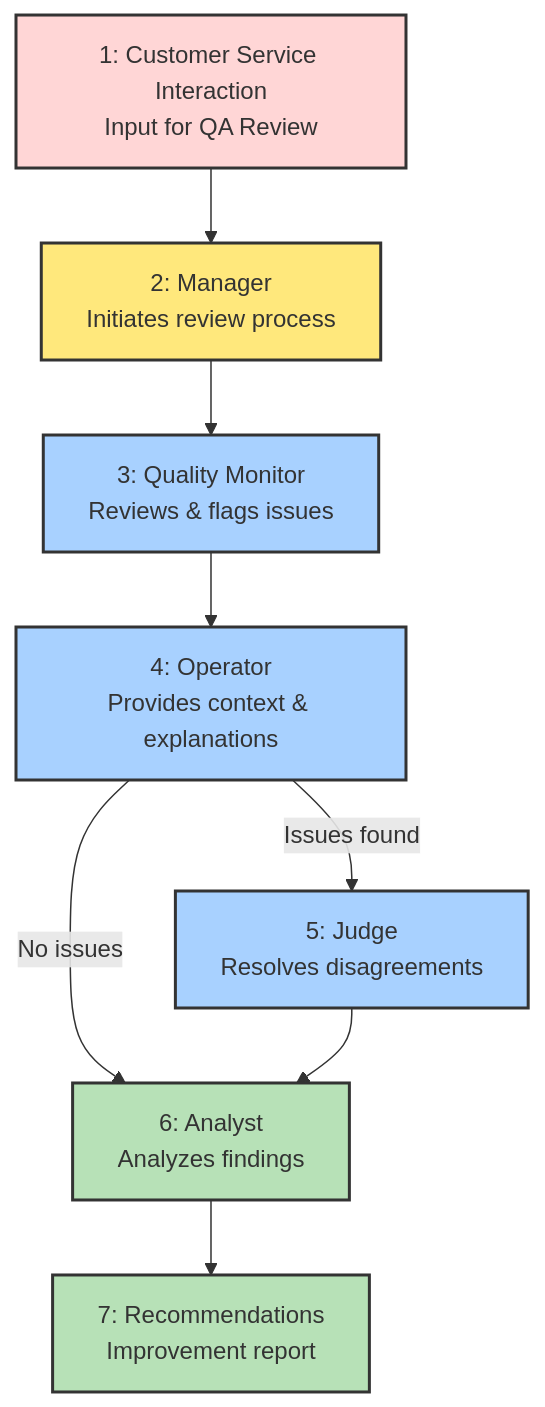
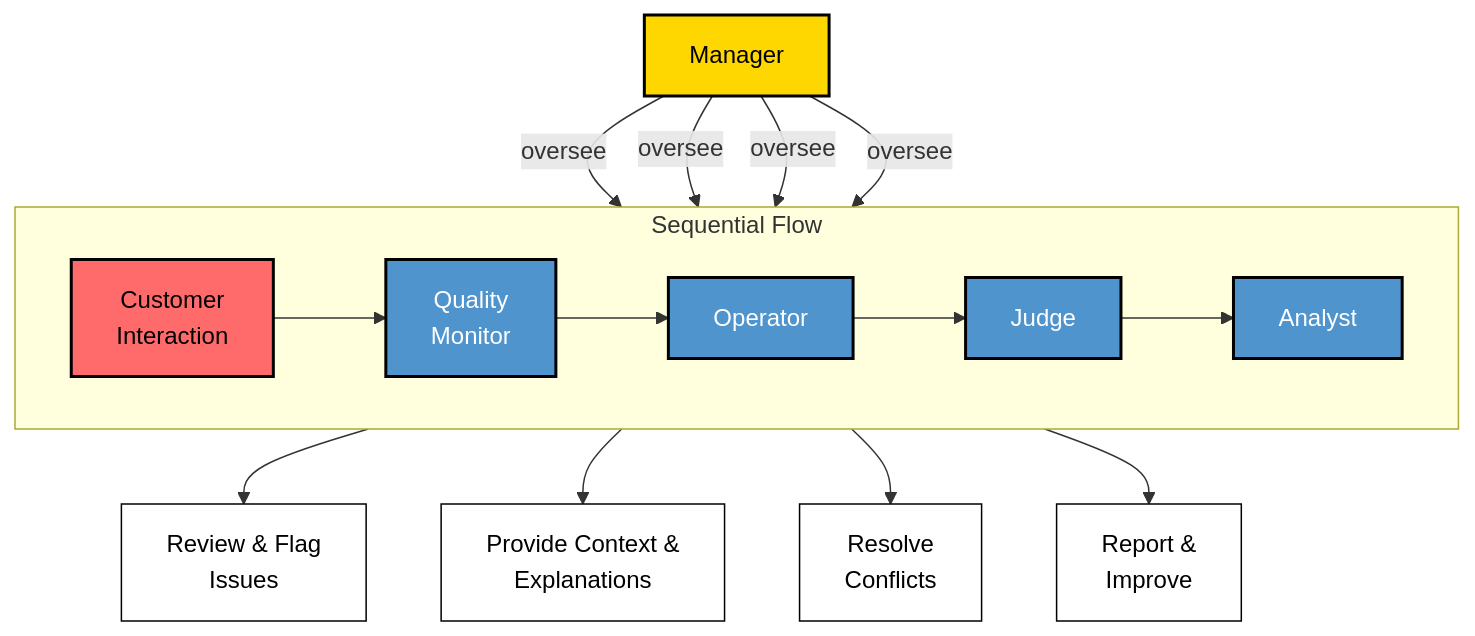
The diagram in hackaton/README.md (ibombonato/llm-agents-mooc-f24), drawn with Mermaid before and after one commit.

````diff
--- a/hackaton/README.md
+++ b/hackaton/README.md
@@ -22,26 +22,28 @@
 ```mermaid
 graph TB
-    CS["1: Customer Service Interaction<br/>Input for QA Review"]
-    M["2: Manager<br/>Initiates review process"]
-    QM["3: Quality Monitor<br/>Reviews & flags issues"]
-    O["4: Operator<br/>Provides context & explanations"]
-    J["5: Judge<br/>Resolves disagreements"]
-    A["6: Analyst<br/>Analyzes findings"]
-    R["7: Recommendations<br/>Improvement report"]
-
-    CS --> M
-    M --> QM
-    QM --> O
-    O --> |"Issues found"| J
-    O --> |"No issues"| A
-    J --> A
-    A --> R
-
-    style CS fill:#ffd6d6,stroke:#333,stroke-width:2px,color:#333
-    style M fill:#ffe87c,stroke:#333,stroke-width:2px,color:#333
-    style QM fill:#a8d1ff,stroke:#333,stroke-width:2px,color:#333
-    style O fill:#a8d1ff,stroke:#333,stroke-width:2px,color:#333
-    style J fill:#a8d1ff,stroke:#333,stroke-width:2px,color:#333
-    style A fill:#b7e1b7,stroke:#333,stroke-width:2px,color:#333
-    style R fill:#b7e1b7,stroke:#333,stroke-width:2px,color:#333
+    M[Manager]:::manager
+    
+    subgraph Sequential Flow
+        direction LR
+        CS[Customer<br/>Interaction]:::input --> 
+        QM[Quality<br/>Monitor]:::agent --> 
+        O[Operator]:::agent --> 
+        J[Judge]:::agent --> 
+        A[Analyst]:::agent
+    end
+    
+    M --"oversee"--> QM
+    M --"oversee"--> O
+    M --"oversee"--> J
+    M --"oversee"--> A
+    
+    QM --> T1[Review & Flag<br/>Issues]:::task
+    O --> T2[Provide Context &<br/>Explanations]:::task
+    J --> T3[Resolve<br/>Conflicts]:::task
+    A --> T4[Report &<br/>Improve]:::task
+    
+    classDef manager fill:#FFD700,stroke:#000,stroke-width:2px,color:#000
+    classDef agent fill:#4F94CD,stroke:#000,stroke-width:2px,color:#fff
+    classDef task fill:#FFFFFF,stroke:#000,stroke-width:1px,color:#000
+    classDef input fill:#FF6B6B,stroke:#000,stroke-width:2px,color:#000
 ```
````
